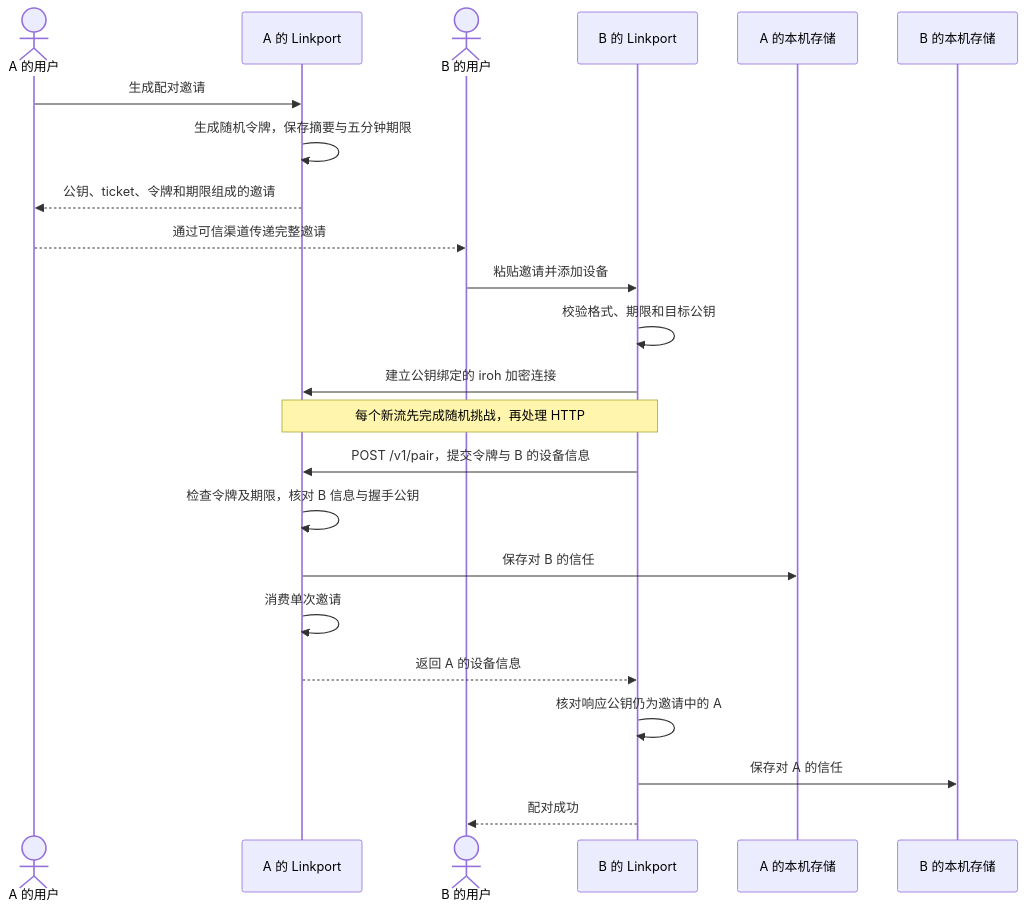
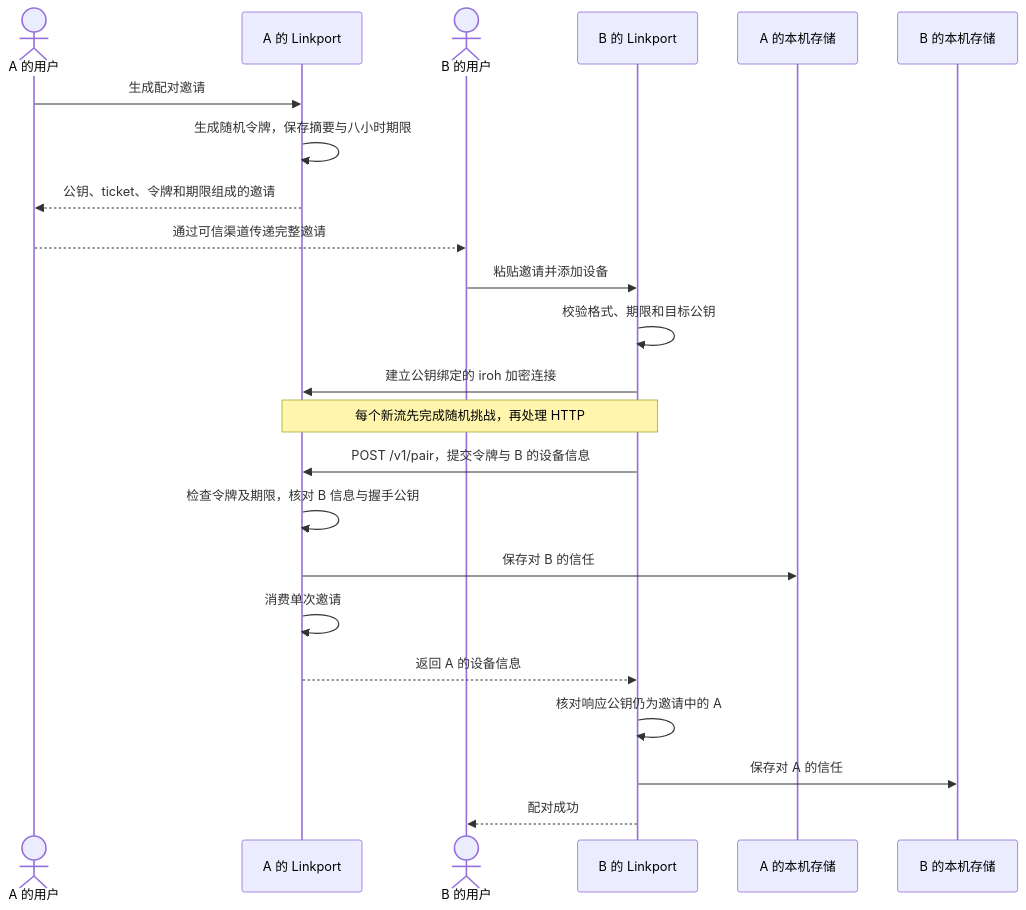
Before and after one commit to Sid9017/linkport: the second of 11 diagrams in docs/interaction-sequences.md, drawn with Mermaid. The commit also changed other lines of this file and 59 other files, not shown here.

````diff
--- a/docs/interaction-sequences.md
+++ b/docs/interaction-sequences.md
@@ -51,25 +51,25 @@
 ```mermaid
 sequenceDiagram
     actor UA as A 的用户
     participant A as A 的 Linkport
     actor UB as B 的用户
     participant B as B 的 Linkport
     participant SA as A 的本机存储
     participant SB as B 的本机存储
     UA->>A: 生成配对邀请
-    A->>A: 生成随机令牌，保存摘要与五分钟期限
+    A->>A: 生成随机令牌，保存摘要与八小时期限
     A-->>UA: 公钥、ticket、令牌和期限组成的邀请
     UA-->>UB: 通过可信渠道传递完整邀请
     UB->>B: 粘贴邀请并添加设备
     B->>B: 校验格式、期限和目标公钥
     B->>A: 建立公钥绑定的 iroh 加密连接
     Note over A,B: 每个新流先完成随机挑战，再处理 HTTP
     B->>A: POST /v1/pair，提交令牌与 B 的设备信息
     A->>A: 检查令牌及期限，核对 B 信息与握手公钥
     A->>SA: 保存对 B 的信任
     A->>A: 消费单次邀请
     A-->>B: 返回 A 的设备信息
     B->>B: 核对响应公钥仍为邀请中的 A
     B->>SB: 保存对 A 的信任
     B-->>UB: 配对成功
 ```
````
